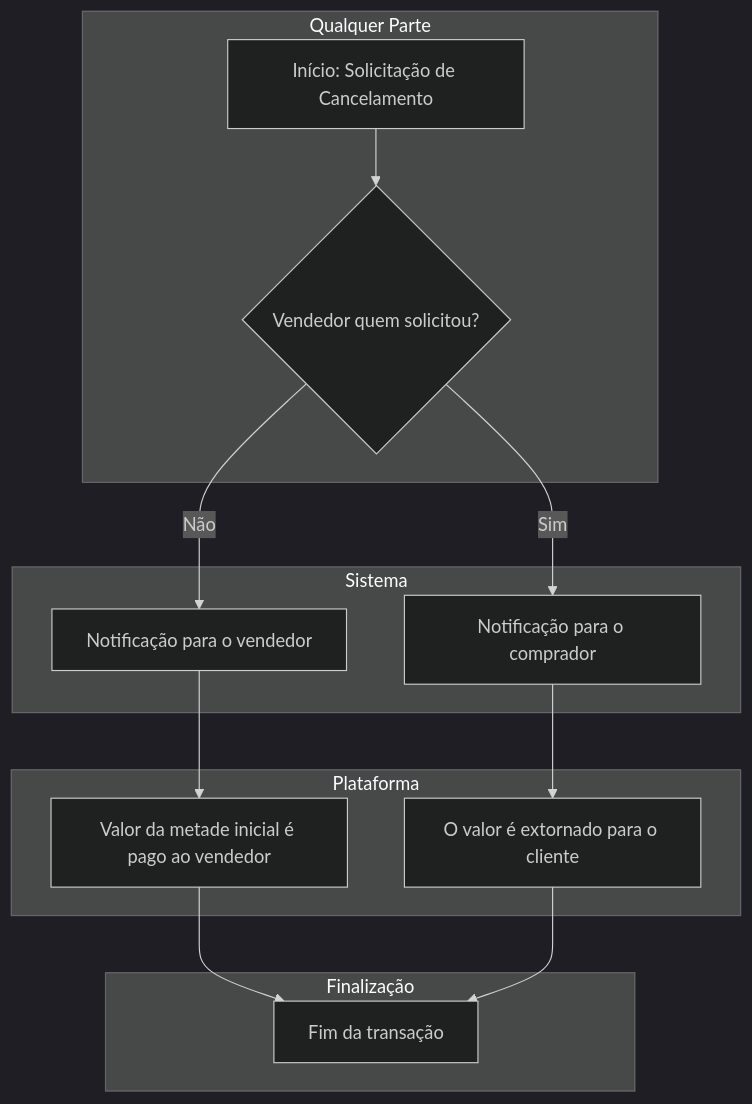
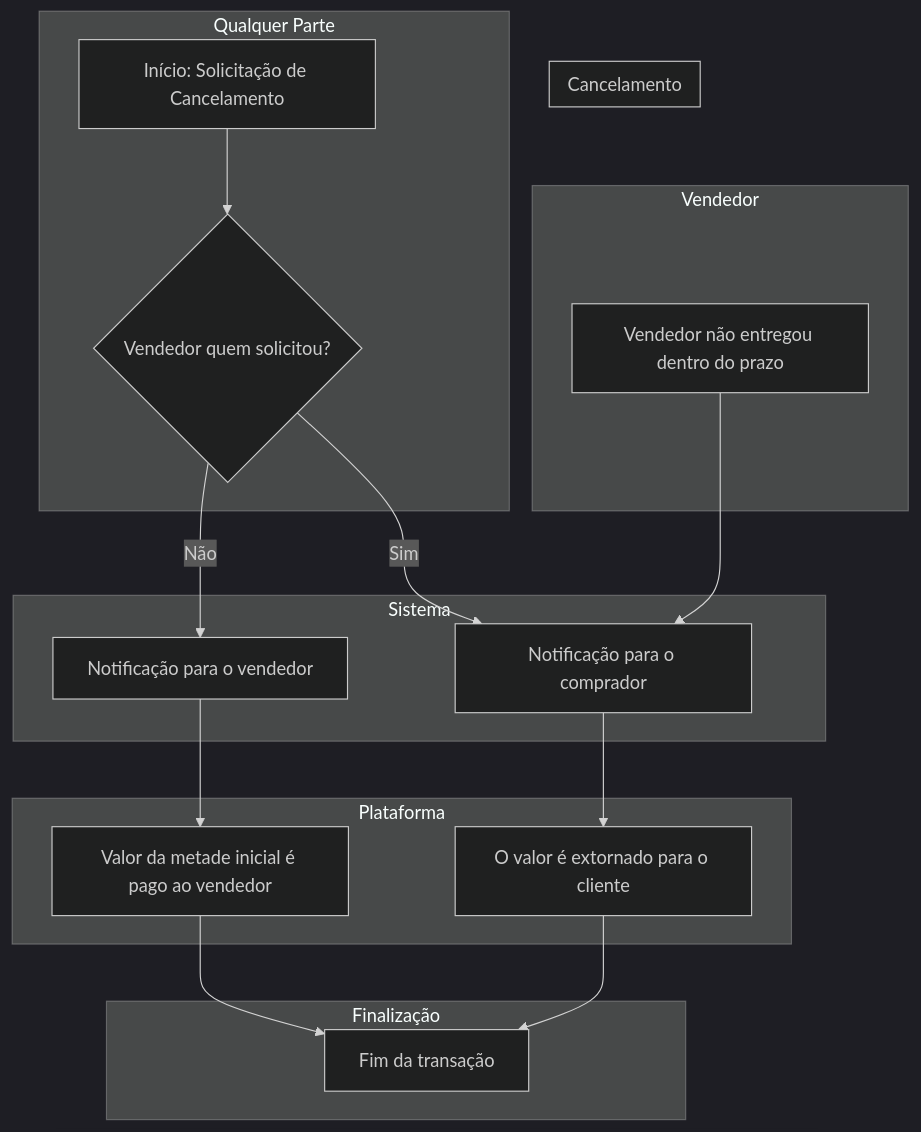
The fifth of 7 diagrams in Wiki.md (giovanni1351/EngenhariaDeSoftwareProjeto), drawn with Mermaid (dark theme) before and after one commit. The commit also changed other lines of this file and 3 other files, not shown here.

Commit message:
Adicionando o modelo estrutural e o diagrama de classes

````diff
--- a/Wiki.md
+++ b/Wiki.md
@@ -227,21 +207,26 @@
 ```mermaid
 graph TD;
+    subgraph Cancelamento["Cancelamento"]
+    end
+
     subgraph Inicio["Qualquer Parte"]
         A[Início: Solicitação de Cancelamento] --> B{Vendedor quem solicitou?}
     end
     
     subgraph Sistema["Sistema"]
         B --> |Sim| C[Notificação para o comprador]
         B --> |Não| D[Notificação para o vendedor]
     end
-    
+    subgraph Vendedor["Vendedor"]
+        Atrazo[Vendedor não entregou dentro do prazo] --> C
+    end
     subgraph Plataforma["Plataforma"]
         C --> E[O valor é extornado para o cliente]
         D --> F[Valor da metade inicial é pago ao vendedor]
     end
     
     subgraph Finalizacao["Finalização"]
         F --> Final[Fim da transação]
         E --> Final
     end
 ```
````
